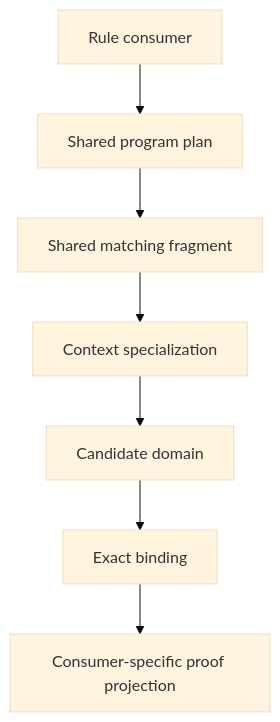
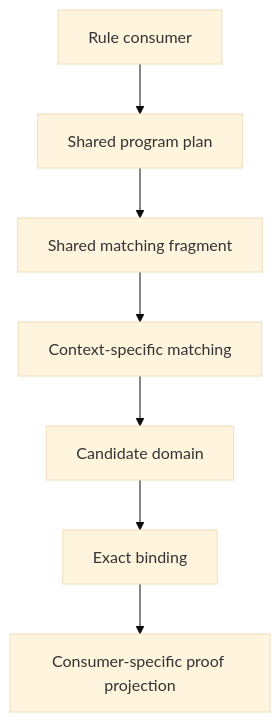
One commit to Vantle/photonic changed the diagram in document/roadmap.md. Above: the diagram before and after it, drawn with Mermaid (base theme). The commit also changed other lines of this file and 84 other files, not shown here.

````diff
--- a/document/roadmap.md
+++ b/document/roadmap.md
@@ -193,9 +83,9 @@
 ```mermaid
 flowchart TD
     Consumer[Rule consumer] --> Plan[Shared program plan]
     Plan --> Fragment[Shared matching fragment]
-    Fragment --> Context[Context specialization]
+    Fragment --> Context[Context-specific matching]
     Context --> Domain[Candidate domain]
     Domain --> Binding[Exact binding]
     Binding --> Proof[Consumer-specific proof projection]
 ```
````
